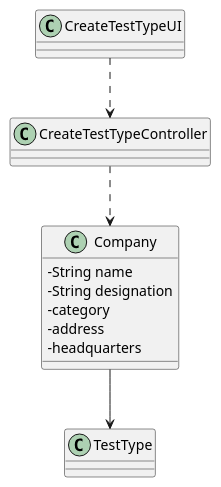
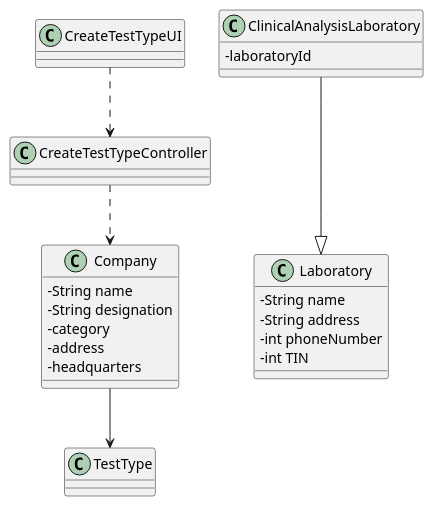
One commit to manu-07-ela/LAPR2_ISEP changed the diagram in docs/SprintB/US09/US09_CD.puml. Above: the diagram before and after it, drawn with PlantUML. The commit also changed 7 other files, not shown here.

```diff
--- a/docs/SprintB/US09/US09_CD.puml
+++ b/docs/SprintB/US09/US09_CD.puml
@@ -1,26 +1,39 @@
 @startuml
 skinparam classAttributeIconSize 0
 
 class Company{
 -String name
 -String designation
 -category
 -address
 -headquarters
 }
 
 class CreateTestTypeUI{
 }
 
 class CreateTestTypeController{
 }
 
 class TestType{
 }
 
+class ClinicalAnalysisLaboratory{
+-laboratoryId
+}
+
+class Laboratory{
+-String name
+-String address
+-int phoneNumber
+-int TIN
+}
+
 CreateTestTypeUI ..> CreateTestTypeController
 CreateTestTypeController ..> Company
 Company --> TestType
+ClinicalAnalysisLaboratory ---|> Laboratory
+
 
 
 @enduml
```
